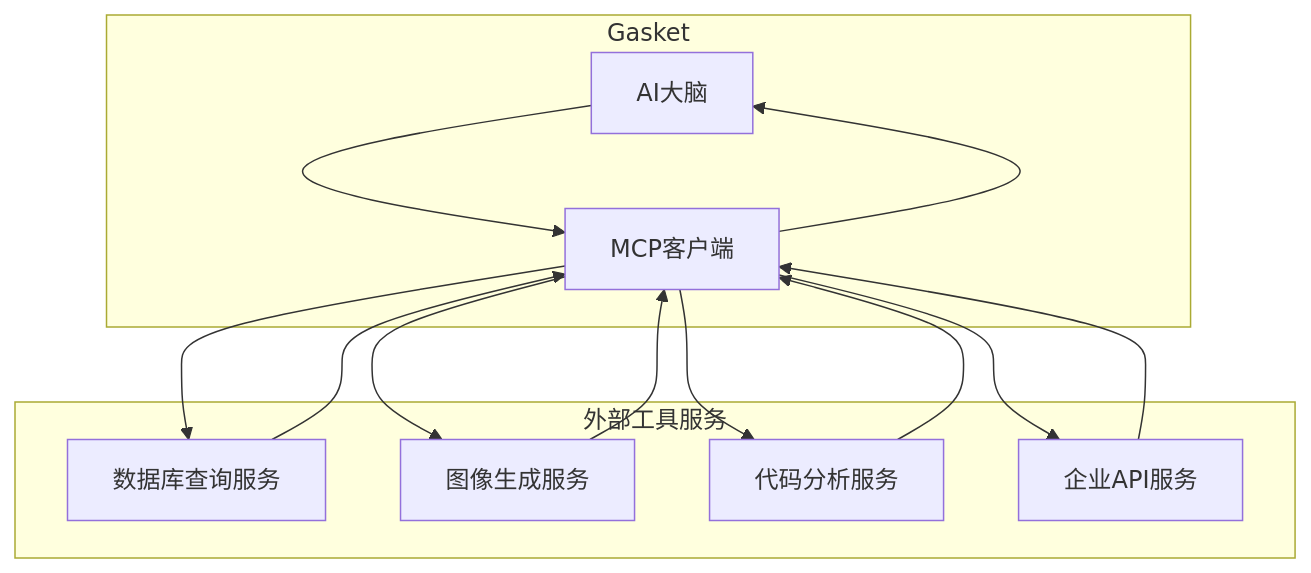
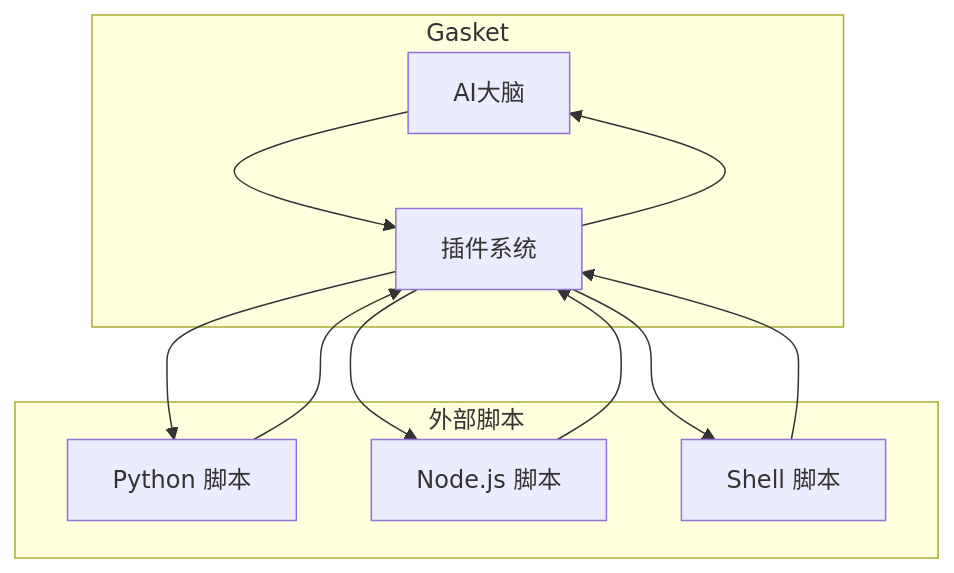
Before and after one commit to yeheng/nanobot-rs: diagram 17 of 18 in docs/tools.md, drawn with Mermaid. The commit also changed other lines of this file and 20 other files, not shown here.

````diff
--- a/docs/tools.md
+++ b/docs/tools.md
@@ -525,26 +552,23 @@
 ```mermaid
 flowchart TB
     subgraph Gasket
         AI[AI大脑]
-        MCP[MCP客户端]
+        Plugin[插件系统]
     end
     
-    subgraph 外部工具服务
-        S1[数据库查询服务]
-        S2[图像生成服务]
-        S3[代码分析服务]
-        S4[企业API服务]
+    subgraph 外部脚本
+        S1[Python 脚本]
+        S2[Node.js 脚本]
+        S3[Shell 脚本]
     end
     
-    AI --> MCP
-    MCP --> S1
-    MCP --> S2
-    MCP --> S3
-    MCP --> S4
+    AI --> Plugin
+    Plugin --> S1
+    Plugin --> S2
+    Plugin --> S3
     
-    S1 --> MCP
-    S2 --> MCP
-    S3 --> MCP
-    S4 --> MCP
-    MCP --> AI
+    S1 --> Plugin
+    S2 --> Plugin
+    S3 --> Plugin
+    Plugin --> AI
 ```
````
